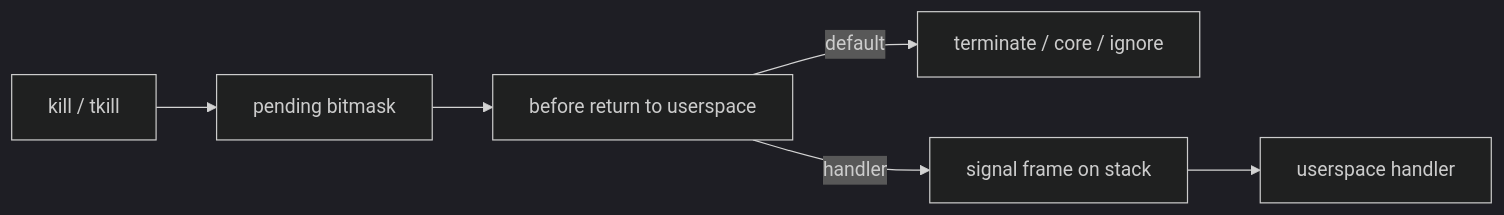
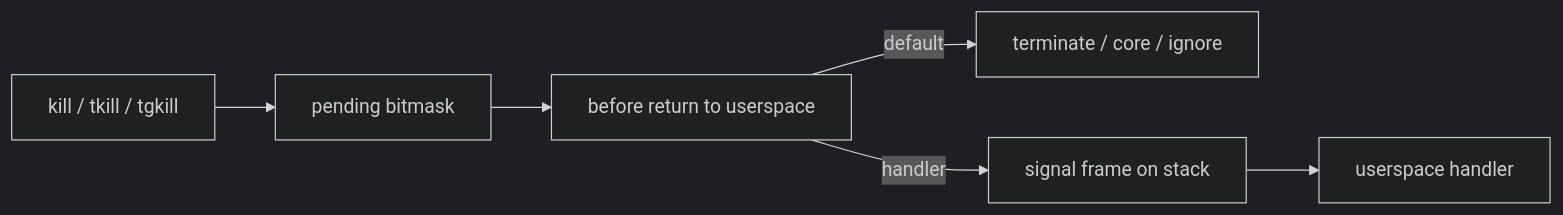
Before and after one commit to euphoricmangat/linternals: the first of 2 diagrams in src/content/blog/signals-and-process-lifecycle.md, drawn with Mermaid (dark theme). The commit also changed other lines of this file and 7 other files, not shown here.

````diff
--- a/src/content/blog/signals-and-process-lifecycle.md
+++ b/src/content/blog/signals-and-process-lifecycle.md
@@ -14,8 +19,8 @@
 ```mermaid
 flowchart LR
-  Kill[kill / tkill] --> Pending[pending bitmask]
+  Kill[kill / tkill / tgkill] --> Pending[pending bitmask]
   Pending --> Check[before return to userspace]
   Check -->|default| Action[terminate / core / ignore]
   Check -->|handler| Frame[signal frame on stack]
   Frame --> Handler[userspace handler]
 ```
````
